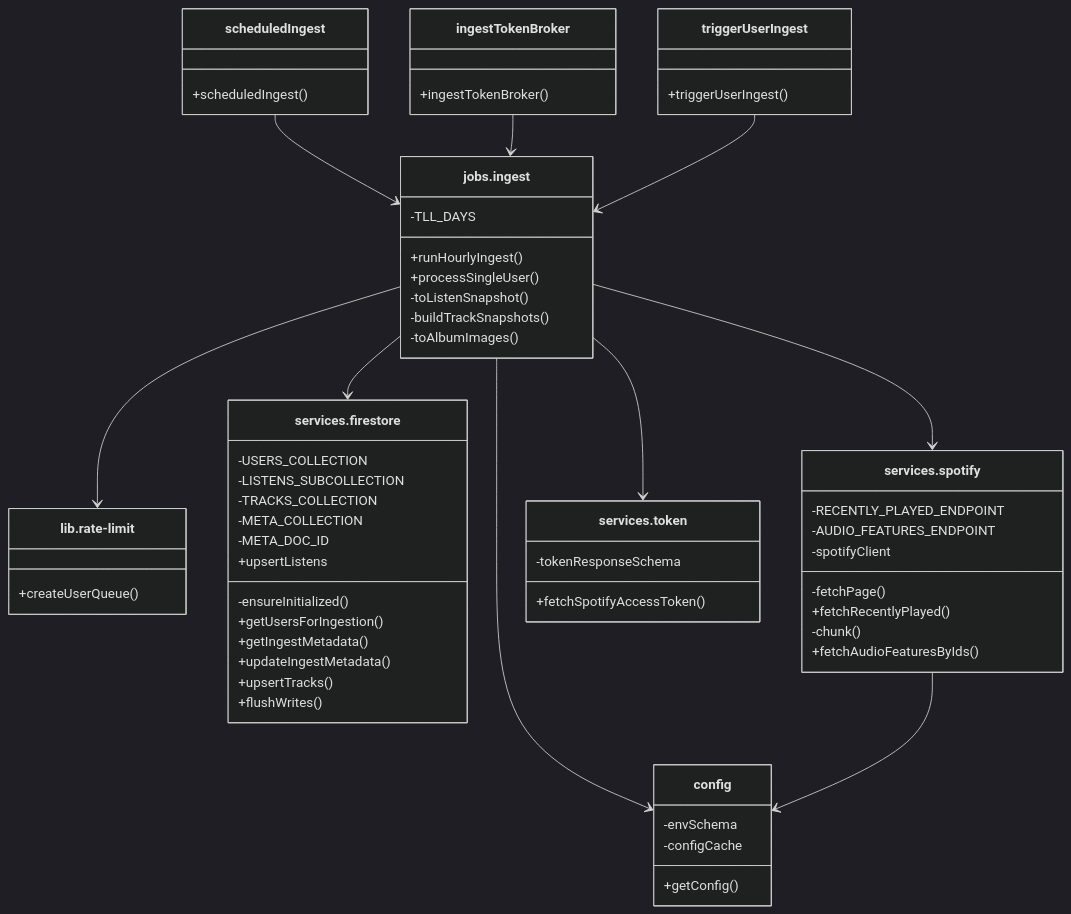
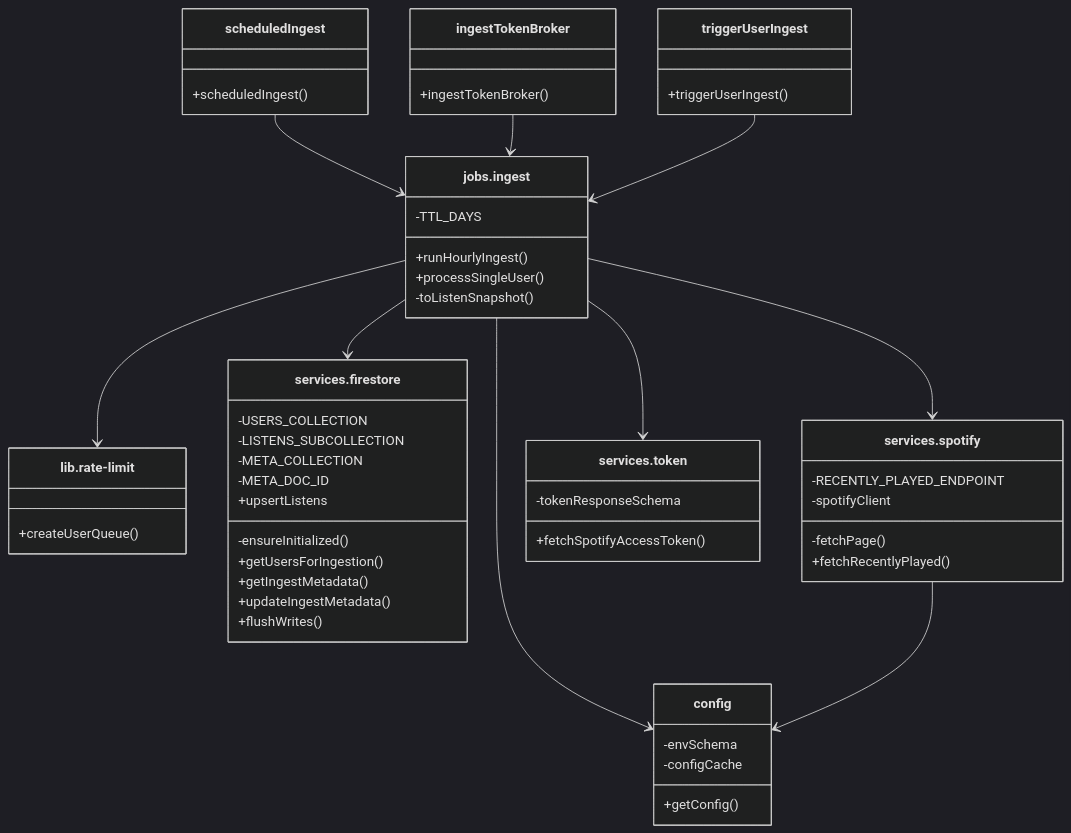
Before and after one commit to takuto0404/BOOMY_spotify_ingest: the diagram in diagram/spotify_ingerst_mermaid.md, drawn with Mermaid (dark theme). The commit also changed 3 other files, not shown here.

````diff
--- a/diagram/spotify_ingerst_mermaid.md
+++ b/diagram/spotify_ingerst_mermaid.md
@@ -1,65 +1,58 @@
 ```mermaid
 classDiagram
     class jobs.ingest{
-        -TLL_DAYS
+        -TTL_DAYS
         +runHourlyIngest()
         +processSingleUser()
         -toListenSnapshot()
-        -buildTrackSnapshots()
-        -toAlbumImages()
     }
     class lib.rate-limit{
         +createUserQueue()
     }
     class services.firestore{
         -USERS_COLLECTION
         -LISTENS_SUBCOLLECTION
-        -TRACKS_COLLECTION
         -META_COLLECTION
         -META_DOC_ID
         -ensureInitialized()
         +getUsersForIngestion()
         +getIngestMetadata()
         +updateIngestMetadata()
         +upsertListens
-        +upsertTracks()
         +flushWrites()
     }
     class services.spotify{
         -RECENTLY_PLAYED_ENDPOINT
-        -AUDIO_FEATURES_ENDPOINT
         -spotifyClient
         -fetchPage()
         +fetchRecentlyPlayed()
-        -chunk()
-        +fetchAudioFeaturesByIds()
     }
     class services.token{
         -tokenResponseSchema
         +fetchSpotifyAccessToken()
     }
     class config{
         -envSchema
         -configCache
         +getConfig()
     }
     class ingestTokenBroker{
         +ingestTokenBroker()
     }
     class scheduledIngest{
         +scheduledIngest()
     }
     class triggerUserIngest{
         +triggerUserIngest()
     }
 
     jobs.ingest --> config
     jobs.ingest --> lib.rate-limit
     jobs.ingest --> services.firestore
     jobs.ingest --> services.token
     jobs.ingest --> services.spotify
     services.spotify --> config
     scheduledIngest --> jobs.ingest
     ingestTokenBroker --> jobs.ingest
     triggerUserIngest --> jobs.ingest
 ```
````
